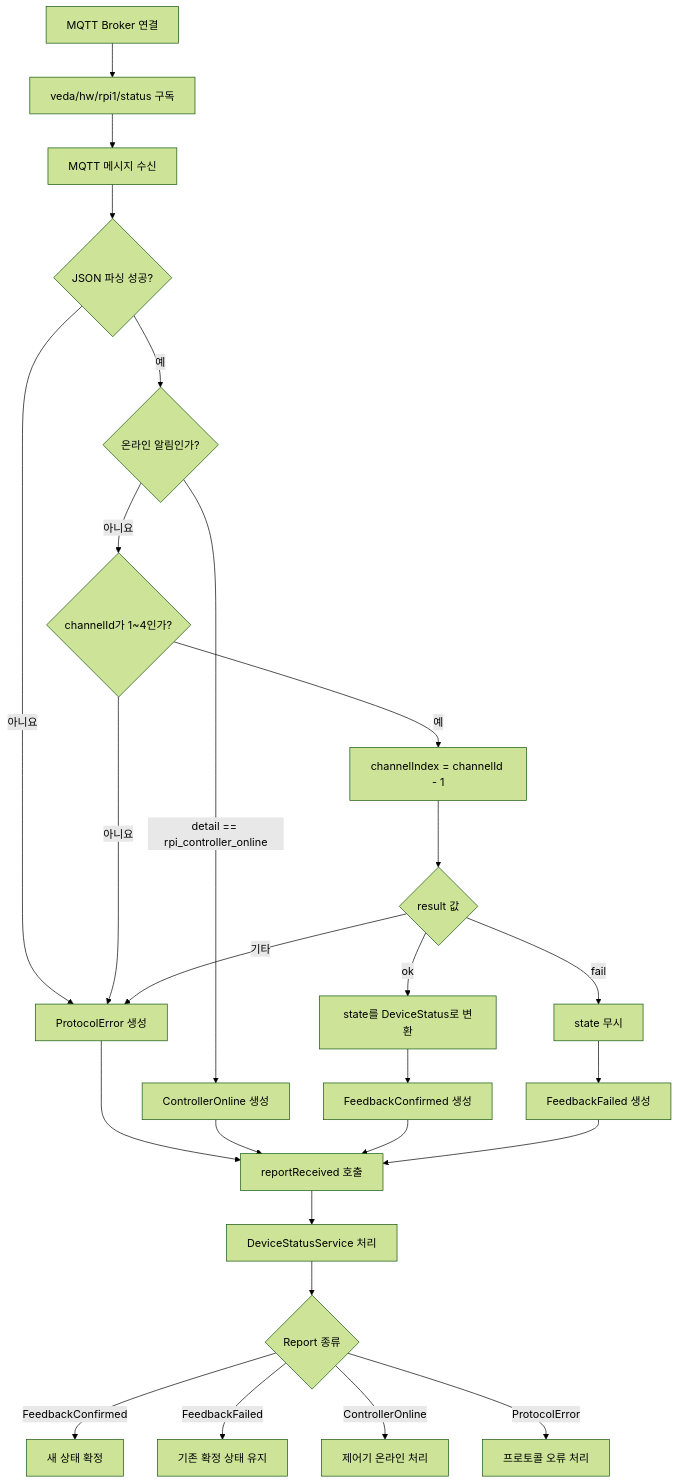
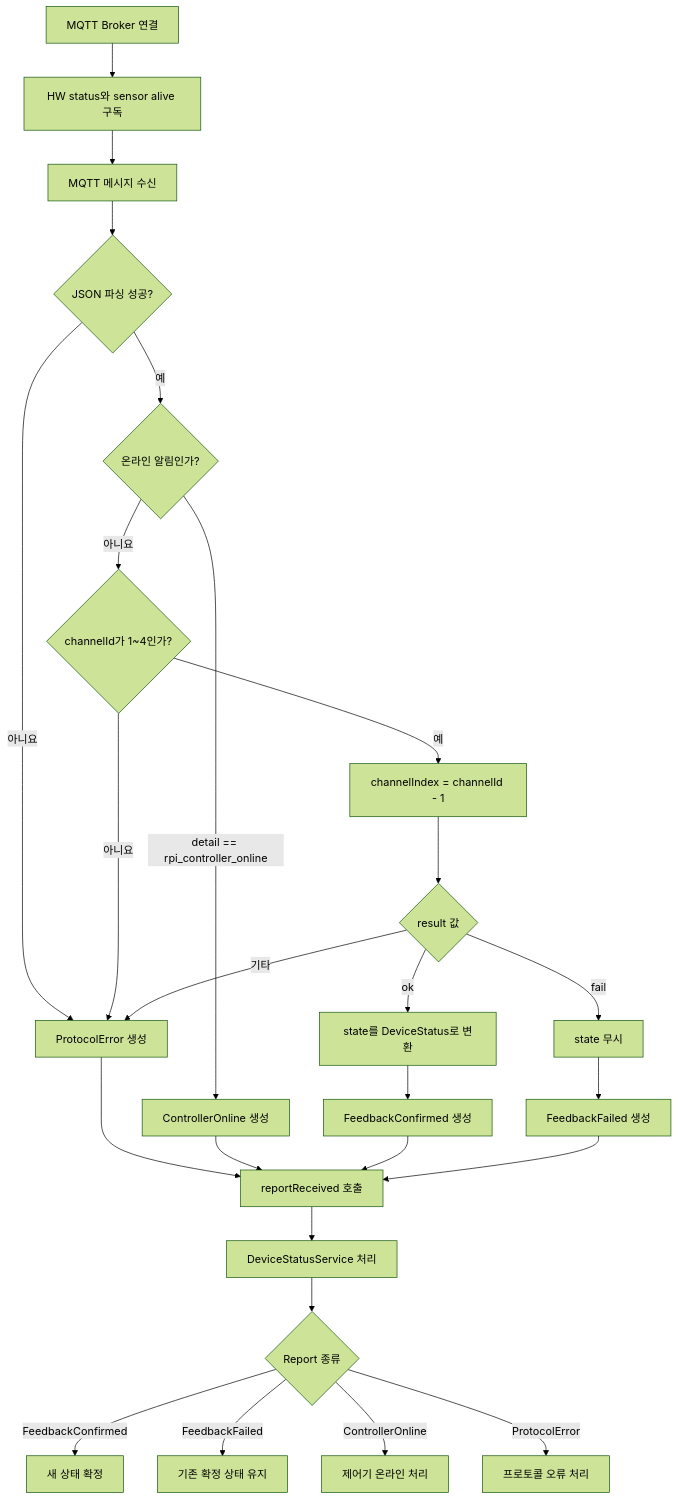
One commit to VEDA-TEAM3/Qt_Demo changed the diagram in README.md. Above: the diagram before and after it, drawn with Mermaid (forest theme). The commit also changed other lines of this file and 13 other files, not shown here.

Commit message:
Add MQTT sensor status integration

````diff
--- a/README.md
+++ b/README.md
@@ -350,34 +367,34 @@
 ```mermaid
 flowchart TD
-    A[MQTT Broker 연결] --> B[veda/hw/rpi1/status 구독]
+    A[MQTT Broker 연결] --> B[HW status와 sensor alive 구독]
     B --> C[MQTT 메시지 수신]
     C --> D{JSON 파싱 성공?}
 
     D -- 아니요 --> E[ProtocolError 생성]
     D -- 예 --> F{온라인 알림인가?}
 
     F -- detail == rpi_controller_online --> G[ControllerOnline 생성]
     F -- 아니요 --> H{channelId가 1~4인가?}
 
     H -- 아니요 --> E
     H -- 예 --> I[channelIndex = channelId - 1]
 
     I --> J{result 값}
     J -- ok --> K[state를 DeviceStatus로 변환]
     K --> L[FeedbackConfirmed 생성]
     J -- fail --> M[state 무시]
     M --> N[FeedbackFailed 생성]
     J -- 기타 --> E
 
     E --> O[reportReceived 호출]
     G --> O
     L --> O
     N --> O
 
     O --> P[DeviceStatusService 처리]
     P --> Q{Report 종류}
     Q -- FeedbackConfirmed --> R[새 상태 확정]
     Q -- FeedbackFailed --> S[기존 확정 상태 유지]
     Q -- ControllerOnline --> T[제어기 온라인 처리]
     Q -- ProtocolError --> U[프로토콜 오류 처리]
 ```
````
